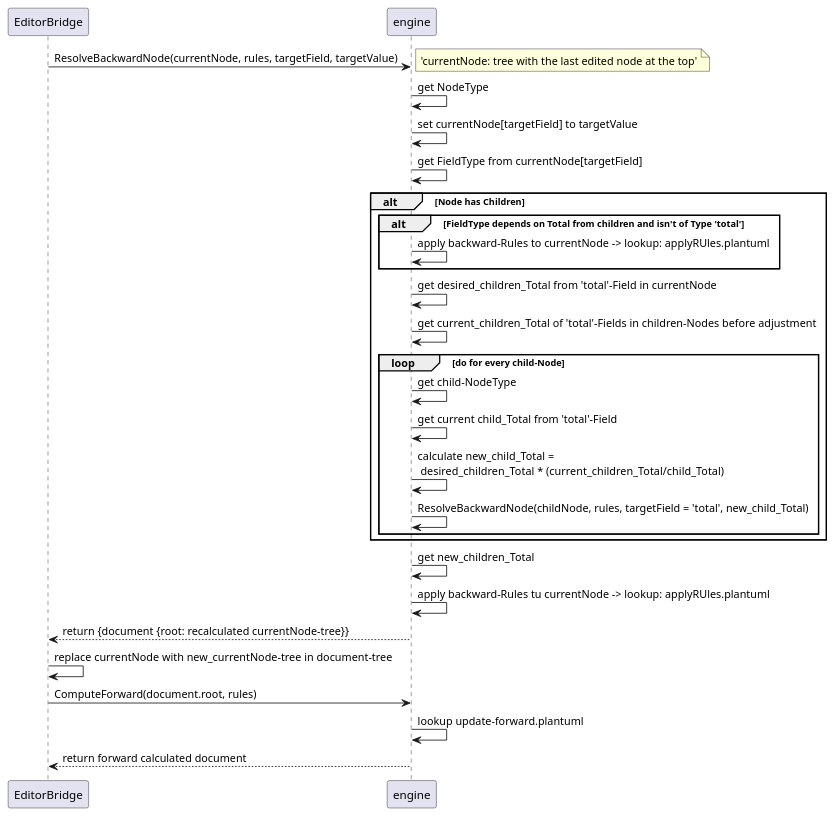
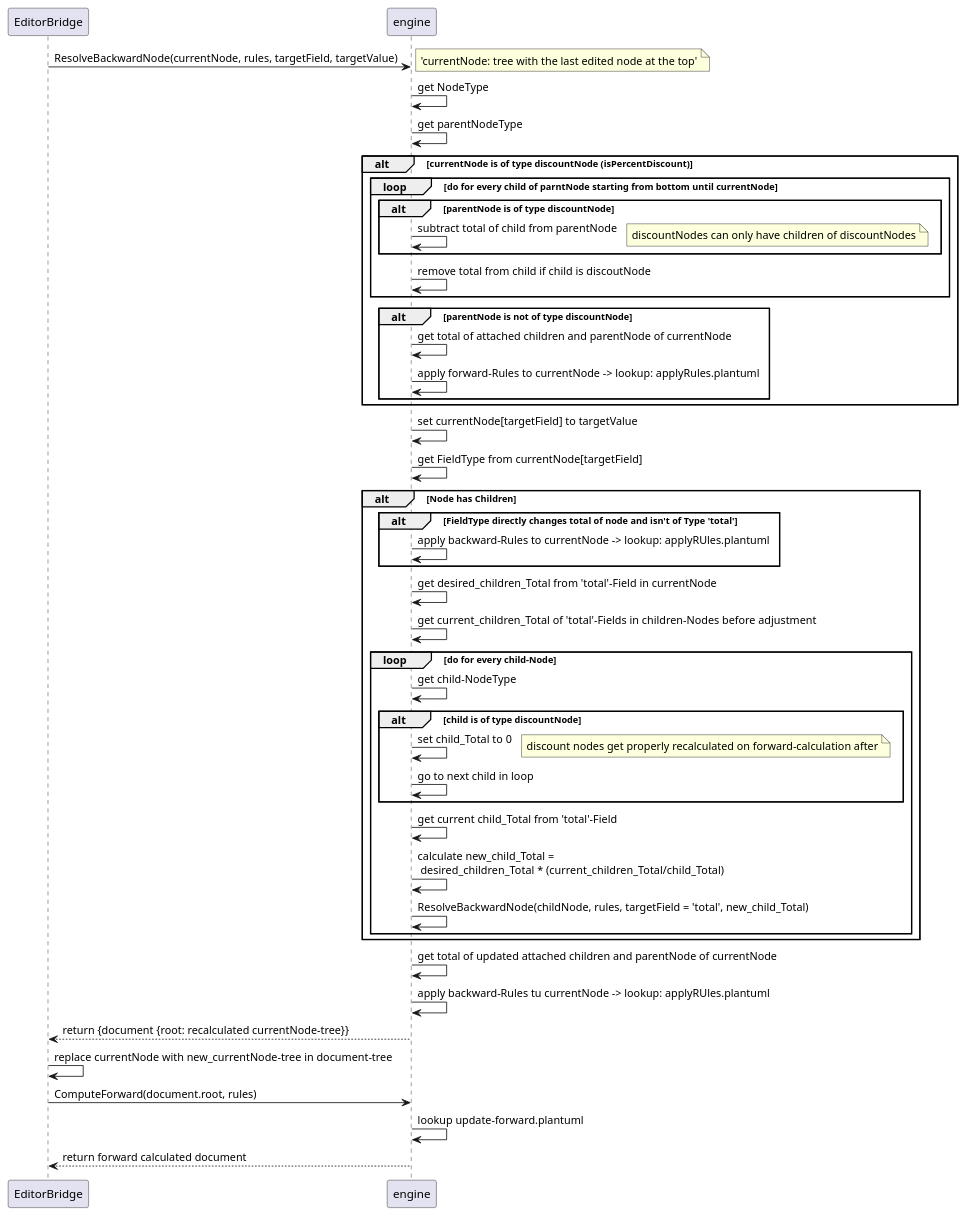
The diagram in src/semantic/doc/update-backward.plantuml (JoniRaptor/semantic-cost-position-calculation), drawn with PlantUML before and after one commit. The commit also changed 4 other files, not shown here.

Commit message:
backward-calculation with percentage-discount added. Updated Plantuml Dokumentation with forward and backward calculation of percentage-discount-nodes.

```diff
--- a/src/semantic/doc/update-backward.plantuml
+++ b/src/semantic/doc/update-backward.plantuml
@@ -1,30 +1,49 @@
 @startuml
 participant "EditorBridge" as Bridge
 participant "engine" as E
 
 Bridge -> E: ResolveBackwardNode(currentNode, rules, targetField, targetValue)
 note right: 'currentNode: tree with the last edited node at the top'
 E -> E: get NodeType
+E -> E: get parentNodeType
+alt currentNode is of type discountNode (isPercentDiscount)
+    loop do for every child of parntNode starting from bottom until currentNode
+        alt parentNode is of type discountNode
+            E->E: subtract total of child from parentNode
+            note right: discountNodes can only have children of discountNodes
+        end
+        E->E: remove total from child if child is discoutNode
+    end
+    alt parentNode is not of type discountNode
+        E->E: get total of attached children and parentNode of currentNode
+        E -> E: apply forward-Rules to currentNode -> lookup: applyRules.plantuml
+    end
+end
 E -> E: set currentNode[targetField] to targetValue
 E -> E: get FieldType from currentNode[targetField]
 alt Node has Children
-    alt FieldType depends on Total from children and isn't of Type 'total'
+    alt FieldType directly changes total of node and isn't of Type 'total'
         E -> E: apply backward-Rules to currentNode -> lookup: applyRUles.plantuml
     end
     E -> E: get desired_children_Total from 'total'-Field in currentNode
     E -> E: get current_children_Total of 'total'-Fields in children-Nodes before adjustment
     loop do for every child-Node
         E -> E: get child-NodeType
+        alt child is of type discountNode
+            E->E: set child_Total to 0
+            note right: discount nodes get properly recalculated on forward-calculation after
+            E->E: go to next child in loop
+        end
         E -> E: get current child_Total from 'total'-Field
         E -> E: calculate new_child_Total = \n desired_children_Total * (current_children_Total/child_Total)
         E -> E: ResolveBackwardNode(childNode, rules, targetField = 'total', new_child_Total)
     end
 end
-E -> E: get new_children_Total
+E->E: get total of updated attached children and parentNode of currentNode
 E -> E: apply backward-Rules tu currentNode -> lookup: applyRUles.plantuml
 E --> Bridge: return {document {root: recalculated currentNode-tree}}
 Bridge -> Bridge: replace currentNode with new_currentNode-tree in document-tree
 Bridge -> E: ComputeForward(document.root, rules)
 E -> E: lookup update-forward.plantuml
 E --> Bridge: return forward calculated document
 @enduml
```
